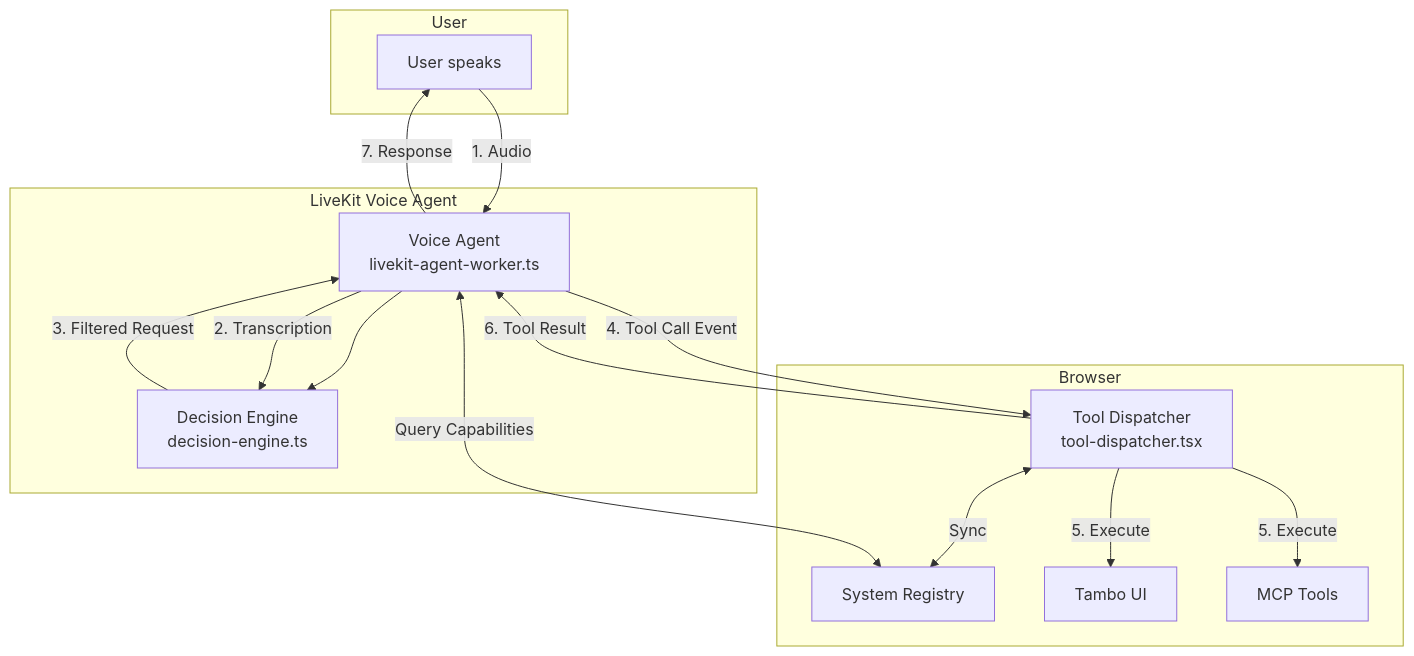
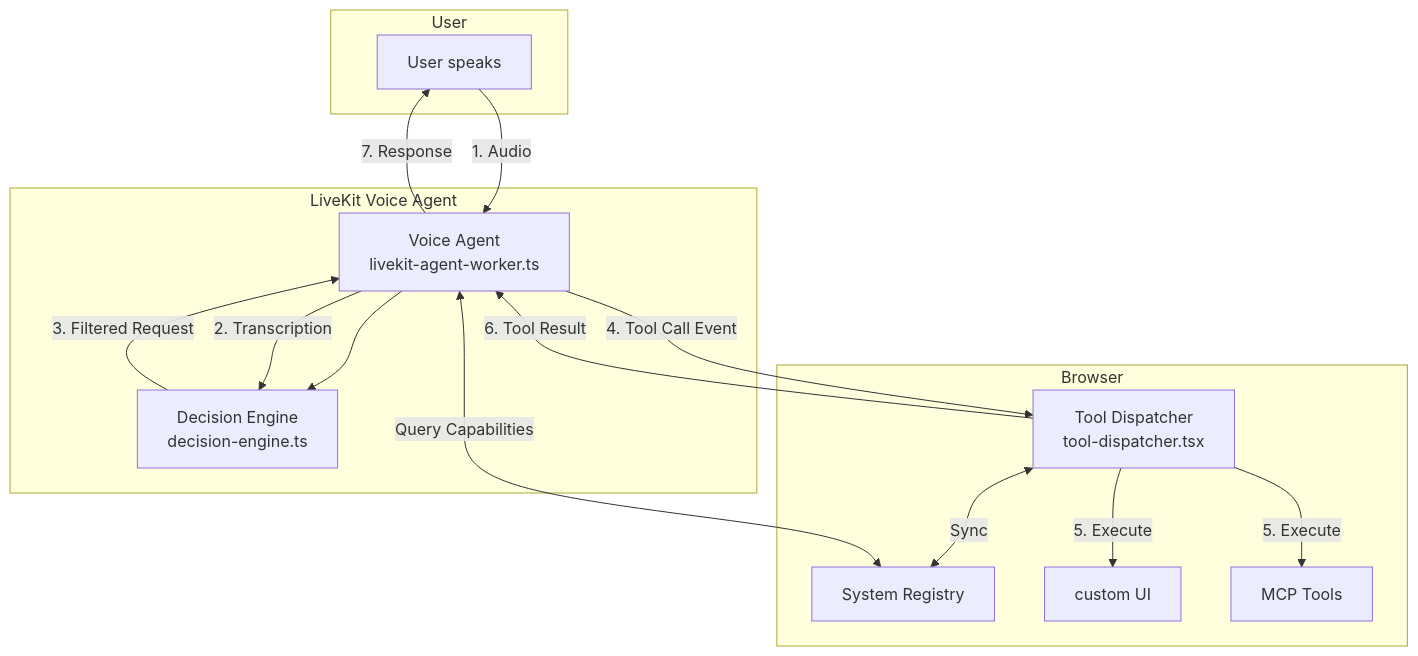
One commit to human-bee/PRESENT changed the diagram in docs/THREE_AGENT_ARCHITECTURE.md. Above: the diagram before and after it, drawn with Mermaid. The commit also changed other lines of this file and 83 other files, not shown here.

First line of the commit message:
Refactor Tambo integration to use custom lib and update docs

````diff
--- a/docs/THREE_AGENT_ARCHITECTURE.md
+++ b/docs/THREE_AGENT_ARCHITECTURE.md
@@ -65,31 +74,31 @@
 ```mermaid
 graph TD
     subgraph "User"
         U[User speaks]
     end
 
     subgraph "LiveKit Voice Agent"
         VA[Voice Agent<br/>livekit-agent-worker.ts]
         DE[Decision Engine<br/>decision-engine.ts]
         VA --> DE
     end
 
     subgraph "Browser"
         TD[Tool Dispatcher<br/>tool-dispatcher.tsx]
         SR[System Registry]
-        UI[Tambo UI]
+        UI[custom UI]
         MCP[MCP Tools]
     end
 
     U -->|1. Audio| VA
     VA -->|2. Transcription| DE
     DE -->|3. Filtered Request| VA
     VA -->|4. Tool Call Event| TD
     TD -->|5. Execute| UI
     TD -->|5. Execute| MCP
     TD -->|6. Tool Result| VA
     VA -->|7. Response| U
 
     TD <-->|Sync| SR
     VA <-->|Query Capabilities| SR
 ```
````
